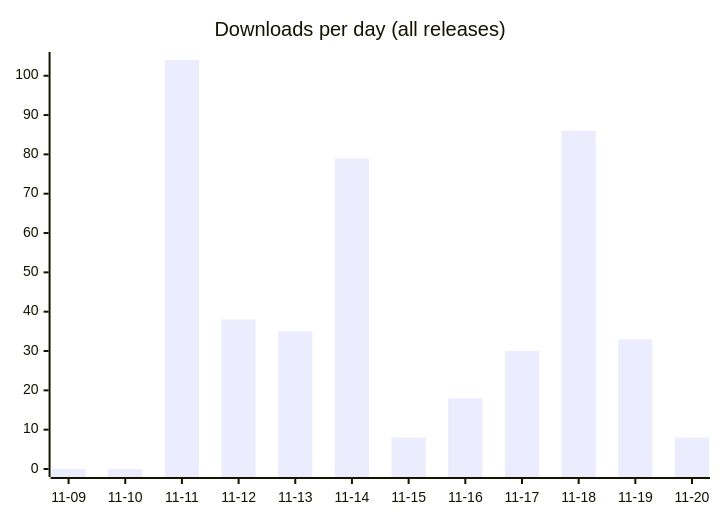
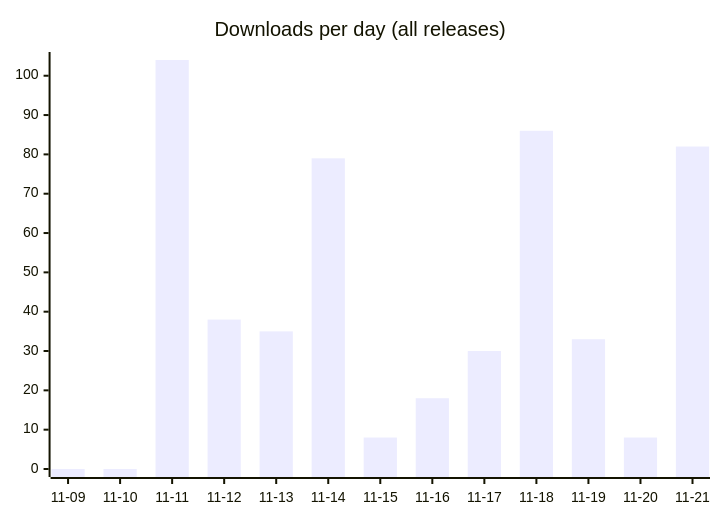
One commit to fmadore/Kalamu changed the first of 2 diagrams in README.md. Above: the diagram before and after it, drawn with Mermaid. The commit also changed other lines of this file and 3 other files, not shown here.

````diff
--- a/README.md
+++ b/README.md
@@ -46,6 +47,6 @@
 ```mermaid
 xychart-beta
     title "Downloads per day (all releases)"
-    x-axis ["11-09", "11-10", "11-11", "11-12", "11-13", "11-14", "11-15", "11-16", "11-17", "11-18", "11-19", "11-20"]
-    bar [0, 0, 104, 38, 35, 79, 8, 18, 30, 86, 33, 8]
+    x-axis ["11-09", "11-10", "11-11", "11-12", "11-13", "11-14", "11-15", "11-16", "11-17", "11-18", "11-19", "11-20", "11-21"]
+    bar [0, 0, 104, 38, 35, 79, 8, 18, 30, 86, 33, 8, 82]
 ```
````
